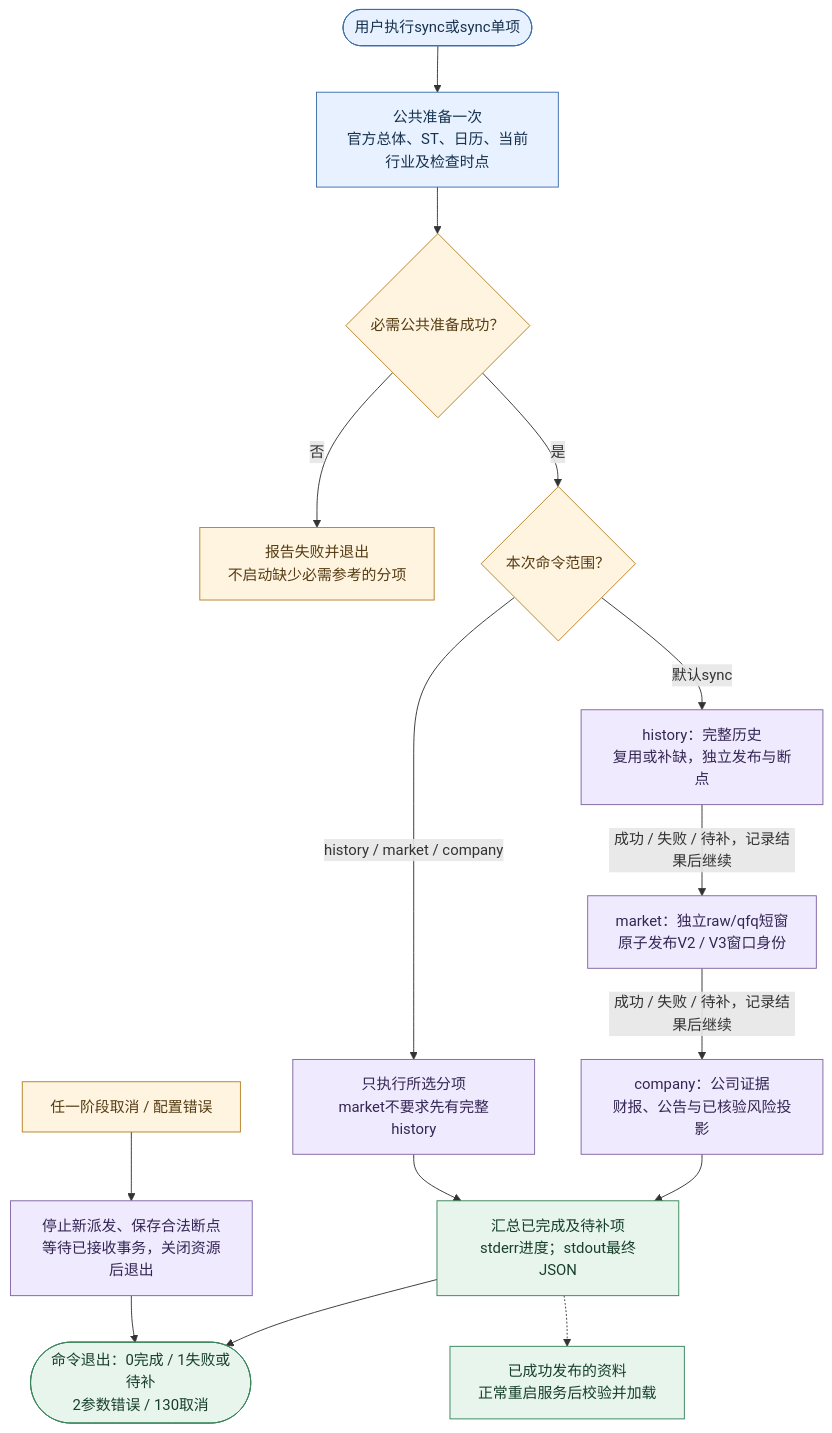
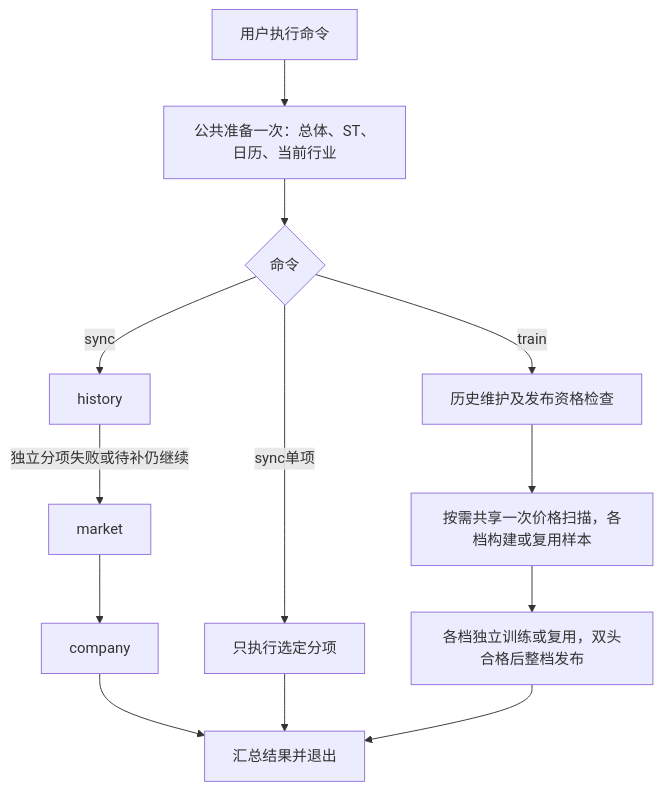
Before and after one commit to 373699756/trader: the first of 3 diagrams in docs/4_下载训练.md, drawn with Mermaid. The commit also changed other lines of this file and 6 other files, not shown here.

````diff
--- a/docs/4_下载训练.md
+++ b/docs/4_下载训练.md
@@ -39,25 +48,15 @@
 ```mermaid
 flowchart TD
-    Start(["用户执行sync或sync单项"]) --> A["公共准备一次<br/>官方总体、ST、日历、当前行业及检查时点"]
-    A --> Ready{"必需公共准备成功？"}
-    Ready -->|否| Fail["报告失败并退出<br/>不启动缺少必需参考的分项"]
-    Ready -->|是| Kind{"本次命令范围？"}
-    Kind -->|默认sync| E["history：完整历史<br/>复用或补缺，独立发布与断点"]
-    E -->|"成功 / 失败 / 待补，记录结果后继续"| C["market：独立raw/qfq短窗<br/>原子发布V2 / V3窗口身份"]
-    C -->|"成功 / 失败 / 待补，记录结果后继续"| D["company：公司证据<br/>财报、公告与已核验风险投影"]
-    Kind -->|history / market / company| Single["只执行所选分项<br/>market不要求先有完整history"]
-    D --> Report["汇总已完成及待补项<br/>stderr进度；stdout最终JSON"]
-    Single --> Report
-    Report --> Exit(["命令退出：0完成 / 1失败或待补<br/>2参数错误 / 130取消"])
-    Cancel["任一阶段取消 / 配置错误"] --> Cleanup["停止新派发、保存合法断点<br/>等待已接收事务，关闭资源后退出"]
-    Cleanup --> Exit
-    Report -.-> Restart["已成功发布的资料<br/>正常重启服务后校验并加载"]
-    classDef input fill:#e8f1ff,stroke:#3b6ea8,color:#16324f;
-    classDef work fill:#f0eaff,stroke:#8064a2,color:#342653;
-    classDef result fill:#e7f5ec,stroke:#39845a,color:#173f2a;
-    classDef gate fill:#fff4df,stroke:#b78126,color:#563c13;
-    class Start,A input;
-    class E,C,D,Single,Cleanup work;
-    class Report,Exit,Restart result;
-    class Ready,Kind,Fail,Cancel gate;
+    Start["用户执行命令"] --> Prepare["公共准备一次：总体、ST、日历、当前行业"]
+    Prepare --> Kind{"命令"}
+    Kind -->|sync| H["history"]
+    H -->|独立分项失败或待补仍继续| M["market"]
+    M --> C["company"]
+    Kind -->|sync单项| Single["只执行选定分项"]
+    Kind -->|train| History["历史维护及发布资格检查"]
+    History --> Samples["按需共享一次价格扫描，各档构建或复用样本"]
+    Samples --> Models["各档独立训练或复用，双头合格后整档发布"]
+    C --> Result["汇总结果并退出"]
+    Single --> Result
+    Models --> Result
 ```
````
